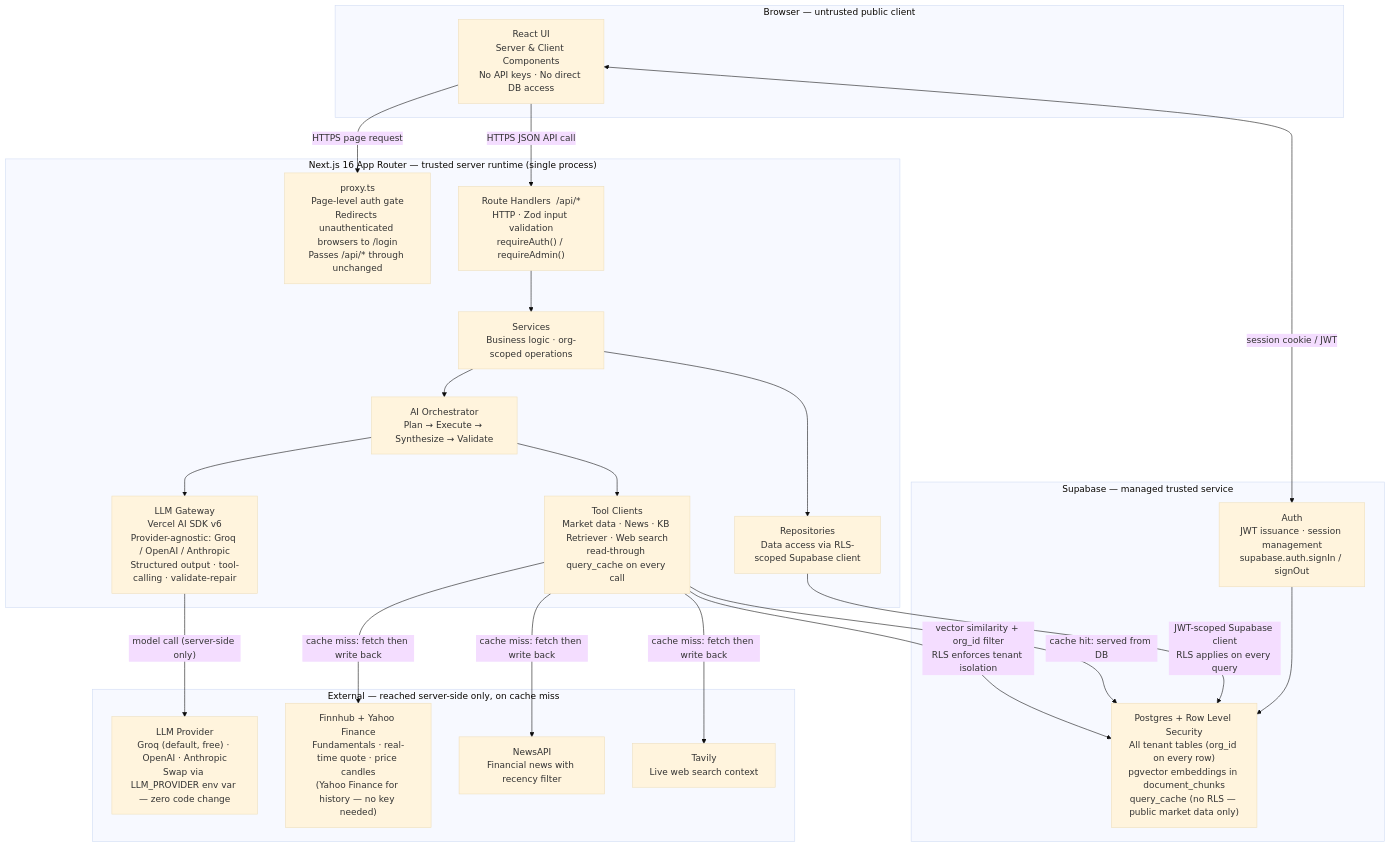
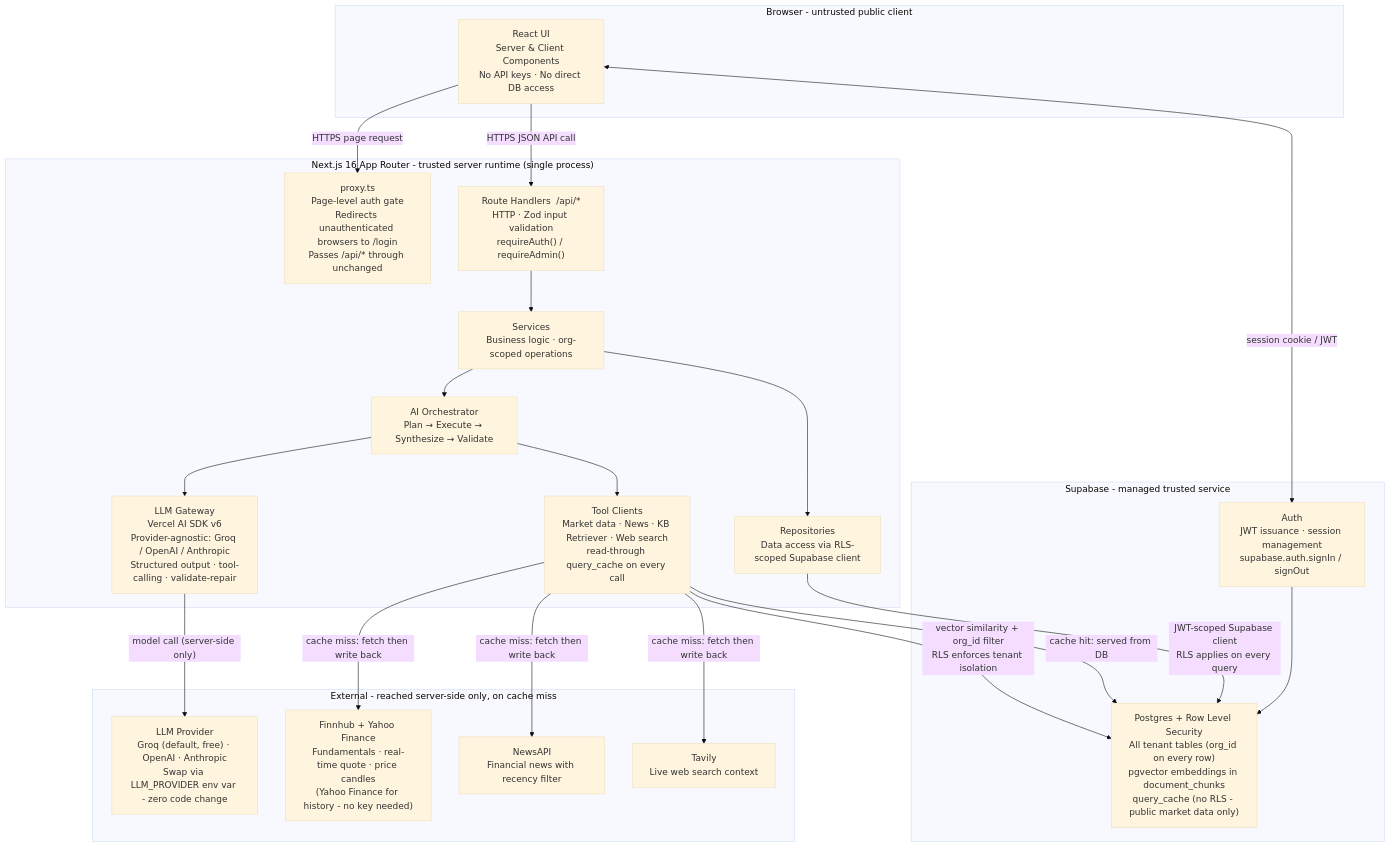
Before and after one commit to shubh0614/Investment-Research-Dashboard: the first of 5 diagrams in ARCHITECTURE.md, drawn with Mermaid (base theme). The commit also changed other lines of this file and 28 other files, not shown here.

````diff
--- a/ARCHITECTURE.md
+++ b/ARCHITECTURE.md
@@ -11,45 +11,45 @@
 ```mermaid
 graph TB
-    subgraph browser ["Browser — untrusted public client"]
+    subgraph browser ["Browser - untrusted public client"]
         UI["React UI\nServer & Client Components\nNo API keys · No direct DB access"]
     end
 
-    subgraph nextjs ["Next.js 16 App Router — trusted server runtime (single process)"]
+    subgraph nextjs ["Next.js 16 App Router - trusted server runtime (single process)"]
         PROXY["proxy.ts\nPage-level auth gate\nRedirects unauthenticated browsers to /login\nPasses /api/* through unchanged"]
         API["Route Handlers  /api/*\nHTTP · Zod input validation\nrequireAuth() / requireAdmin()"]
         SVCS["Services\nBusiness logic · org-scoped operations"]
         REPOS["Repositories\nData access via RLS-scoped Supabase client"]
         ORCH["AI Orchestrator\nPlan → Execute → Synthesize → Validate"]
         TC["Tool Clients\nMarket data · News · KB Retriever · Web search\nread-through query_cache on every call"]
         GW["LLM Gateway\nVercel AI SDK v6\nProvider-agnostic: Groq / OpenAI / Anthropic\nStructured output · tool-calling · validate-repair"]
     end
 
-    subgraph supabase ["Supabase — managed trusted service"]
+    subgraph supabase ["Supabase - managed trusted service"]
         SB_AUTH["Auth\nJWT issuance · session management\nsupabase.auth.signIn / signOut"]
-        PG["Postgres + Row Level Security\nAll tenant tables (org_id on every row)\npgvector embeddings in document_chunks\nquery_cache (no RLS — public market data only)"]
+        PG["Postgres + Row Level Security\nAll tenant tables (org_id on every row)\npgvector embeddings in document_chunks\nquery_cache (no RLS - public market data only)"]
     end
 
-    subgraph external ["External — reached server-side only, on cache miss"]
-        LLM_P["LLM Provider\nGroq (default, free) · OpenAI · Anthropic\nSwap via LLM_PROVIDER env var — zero code change"]
-        MKTAPI["Finnhub + Yahoo Finance\nFundamentals · real-time quote · price candles\n(Yahoo Finance for history — no key needed)"]
+    subgraph external ["External - reached server-side only, on cache miss"]
+        LLM_P["LLM Provider\nGroq (default, free) · OpenAI · Anthropic\nSwap via LLM_PROVIDER env var - zero code change"]
+        MKTAPI["Finnhub + Yahoo Finance\nFundamentals · real-time quote · price candles\n(Yahoo Finance for history - no key needed)"]
         NEWSAPI["NewsAPI\nFinancial news with recency filter"]
         WEBAPI["Tavily\nLive web search context"]
     end
 
     UI -->|"HTTPS page request"| PROXY
     UI -->|"HTTPS JSON API call"| API
     UI <-->|"session cookie / JWT"| SB_AUTH
     SB_AUTH --> PG
     API --> SVCS
     SVCS --> REPOS
     SVCS --> ORCH
     REPOS -->|"JWT-scoped Supabase client\nRLS applies on every query"| PG
     ORCH --> GW
     ORCH --> TC
     TC -->|"cache hit: served from DB"| PG
     TC -->|"cache miss: fetch then write back"| MKTAPI
     TC -->|"cache miss: fetch then write back"| NEWSAPI
     TC -->|"cache miss: fetch then write back"| WEBAPI
     TC -->|"vector similarity + org_id filter\nRLS enforces tenant isolation"| PG
     GW -->|"model call (server-side only)"| LLM_P
 ```
````
